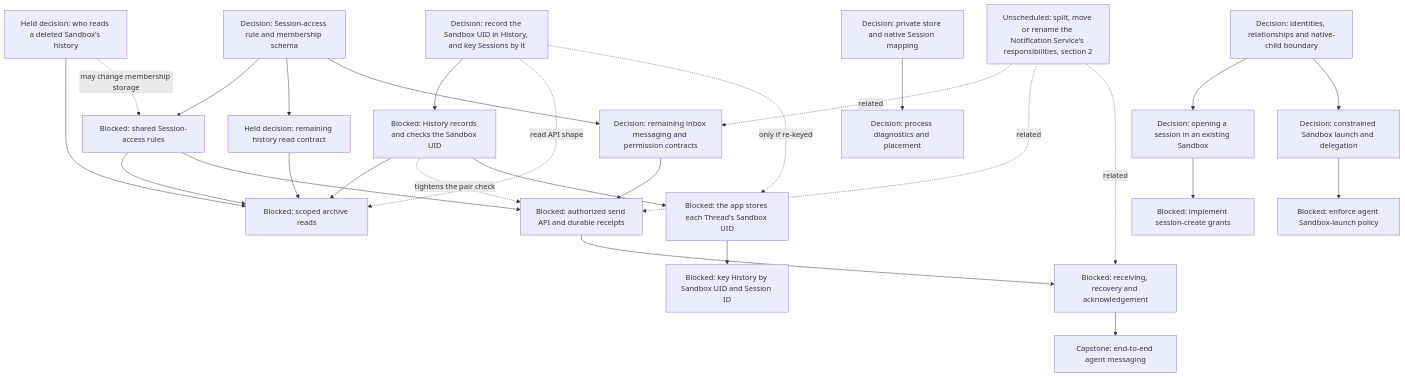
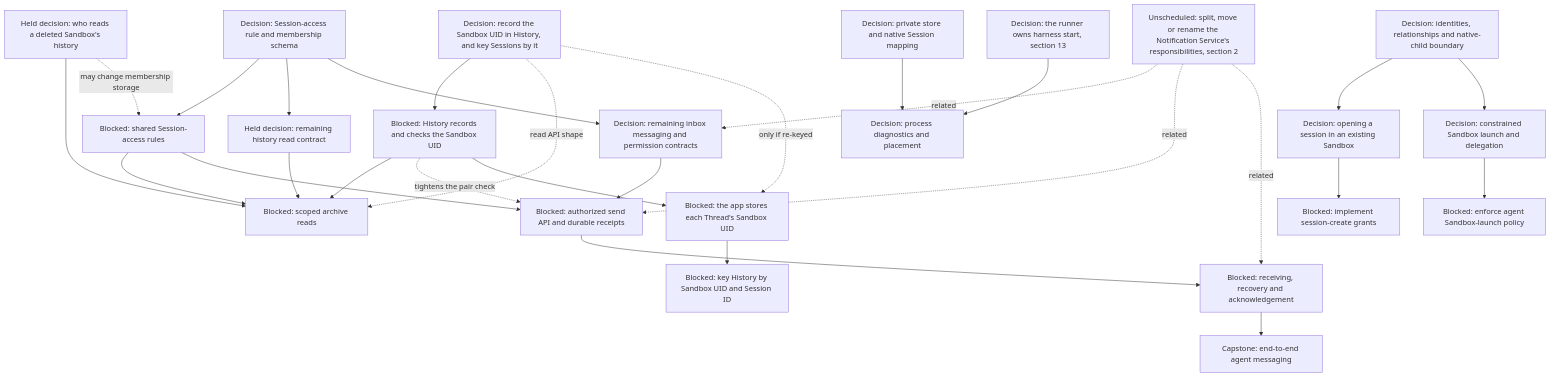
One commit to agentydragon-agent/ducktape changed the fifth of 16 diagrams in agentplane/plans/task_dag.md. Above: the diagram before and after it, drawn with Mermaid. The commit also changed other lines of this file, not shown here.

First line of the commit message:
DAG: sequence the idle-suspend drive after the harness decision, add RUNNER_RENAME (#10940)

````diff
--- a/agentplane/plans/task_dag.md
+++ b/agentplane/plans/task_dag.md
@@ -250,49 +250,50 @@
 ```mermaid
 flowchart TD
     MULTIAGENT_MODEL[Decision: identities, relationships and native-child boundary]
     SESSION_ACCESS_RULES_DESIGN[Decision: Session-access rule and membership schema]
     SESSION_ACCESS_RULES[Blocked: shared Session-access rules]
     THREAD_READ_POLICY_DESIGN[Held decision: remaining history read contract]
     HISTORY_ACCESS_AFTER_DELETION[Held decision: who reads a deleted Sandbox's history]
     THREAD_READ_POLICY[Blocked: scoped archive reads]
     HISTORY_SESSION_KEY_DESIGN[Decision: record the Sandbox UID in History, and key Sessions by it]
     HISTORY_SANDBOX_UID[Blocked: History records and checks the Sandbox UID]
     APP_THREAD_SANDBOX_UID[Blocked: the app stores each Thread's Sandbox UID]
     HISTORY_SESSION_REKEY[Blocked: key History by Sandbox UID and Session ID]
     AGENT_MESSAGING_DESIGN[Decision: remaining inbox messaging and permission contracts]
     AGENT_MESSAGE_INGRESS[Blocked: authorized send API and durable receipts]
     AGENT_MESSAGE_RECEPTION[Blocked: receiving, recovery and acknowledgement]
     AGENT_MESSAGING[Capstone: end-to-end agent messaging]
     THREAD_CREATE_POLICY[Decision: opening a session in an existing Sandbox]
     THREAD_CREATE_AUTHORIZATION[Blocked: implement session-create grants]
     AGENT_LAUNCH_POLICY_DESIGN[Decision: constrained Sandbox launch and delegation]
     AGENT_SANDBOX_LAUNCH[Blocked: enforce agent Sandbox-launch policy]
     MULTIAGENT_MODEL --> THREAD_CREATE_POLICY
     MULTIAGENT_MODEL --> AGENT_LAUNCH_POLICY_DESIGN
     SESSION_ACCESS_RULES_DESIGN --> SESSION_ACCESS_RULES
     SESSION_ACCESS_RULES_DESIGN --> THREAD_READ_POLICY_DESIGN
     SESSION_ACCESS_RULES_DESIGN --> AGENT_MESSAGING_DESIGN
     THREAD_READ_POLICY_DESIGN --> THREAD_READ_POLICY
     HISTORY_ACCESS_AFTER_DELETION --> THREAD_READ_POLICY
     HISTORY_ACCESS_AFTER_DELETION -. may change membership storage .-> SESSION_ACCESS_RULES
     SESSION_ACCESS_RULES --> THREAD_READ_POLICY
     HISTORY_SESSION_KEY_DESIGN --> HISTORY_SANDBOX_UID
     HISTORY_SESSION_KEY_DESIGN -. read API shape .-> THREAD_READ_POLICY
     HISTORY_SESSION_KEY_DESIGN -. only if re-keyed .-> APP_THREAD_SANDBOX_UID
     HISTORY_SANDBOX_UID --> THREAD_READ_POLICY
     HISTORY_SANDBOX_UID -. tightens the pair check .-> AGENT_MESSAGE_INGRESS
     HISTORY_SANDBOX_UID --> APP_THREAD_SANDBOX_UID
     APP_THREAD_SANDBOX_UID --> HISTORY_SESSION_REKEY
     SESSION_ACCESS_RULES --> AGENT_MESSAGE_INGRESS
     AGENT_MESSAGING_DESIGN --> AGENT_MESSAGE_INGRESS
     AGENT_MESSAGE_INGRESS --> AGENT_MESSAGE_RECEPTION
     NOTIFICATION_SERVICE_SPLIT[Unscheduled: split, move or rename the Notification Service's responsibilities, section 2] -. related .-> AGENT_MESSAGING_DESIGN
     NOTIFICATION_SERVICE_SPLIT -. related .-> AGENT_MESSAGE_INGRESS
     NOTIFICATION_SERVICE_SPLIT -. related .-> AGENT_MESSAGE_RECEPTION
     AGENT_MESSAGE_RECEPTION --> AGENT_MESSAGING
     THREAD_CREATE_POLICY --> THREAD_CREATE_AUTHORIZATION
     AGENT_LAUNCH_POLICY_DESIGN --> AGENT_SANDBOX_LAUNCH
     RUNNER_HARNESS_OBJECTS_DESIGN[Decision: process diagnostics and placement]
     HARNESS_IDENTITY_DESIGN[Decision: private store and native Session mapping]
     HARNESS_IDENTITY_DESIGN --> RUNNER_HARNESS_OBJECTS_DESIGN
+    HARNESS_LIFECYCLE_OWNERSHIP[Decision: the runner owns harness start, section 13] --> RUNNER_HARNESS_OBJECTS_DESIGN
 ```
````
